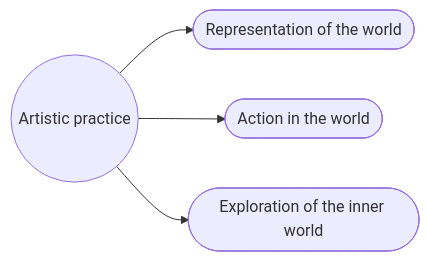
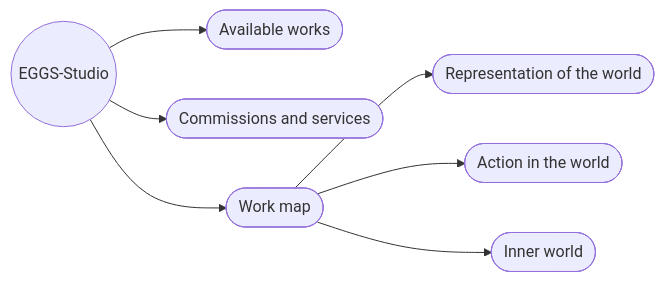
One commit to EGGS-Artesvisuales/EGGS-Artesvisuales.github.io changed the diagram in EN/index.md. Above: the diagram before and after it, drawn with Mermaid. The commit also changed other lines of this file, not shown here.

```diff
--- a/EN/index.md
+++ b/EN/index.md
@@ -35,15 +60,21 @@
 <div class="mermaid">
 flowchart LR
-  principal(("Artistic practice"))
-  representacion(["Representation of the world"])
-  accion(["Action in the world"])
-  interior(["Exploration of the inner world"])
+  principal(("EGGS-Studio"))
+  tienda(["Available works"])
+  servicios(["Commissions and services"])
+  mapa(["Work map"])
 
-  principal --> representacion
-  principal --> accion
-  principal --> interior
+  principal --> tienda
+  principal --> servicios
+  principal --> mapa
 
-  click representacion "/EN/world-representation.html" "Go to Representation of the World"
-  click accion "/EN/action.html" "Go to Action in the World"
-  click interior "/EN/inner-world.html" "Go to Inner World"
+  mapa --> representacion(["Representation of the world"])
+  mapa --> accion(["Action in the world"])
+  mapa --> interior(["Inner world"])
+
+  click tienda "/EN/store.html#impresiones-y-fotografia" "Go to available works"
+  click servicios "/EN/services.html" "Go to services"
+  click representacion "/EN/world-representation.html" "Go to Representation of the world"
+  click accion "/EN/action.html" "Go to Action in the world"
+  click interior "/EN/inner-world.html" "Go to Inner world"
 </div>
```
